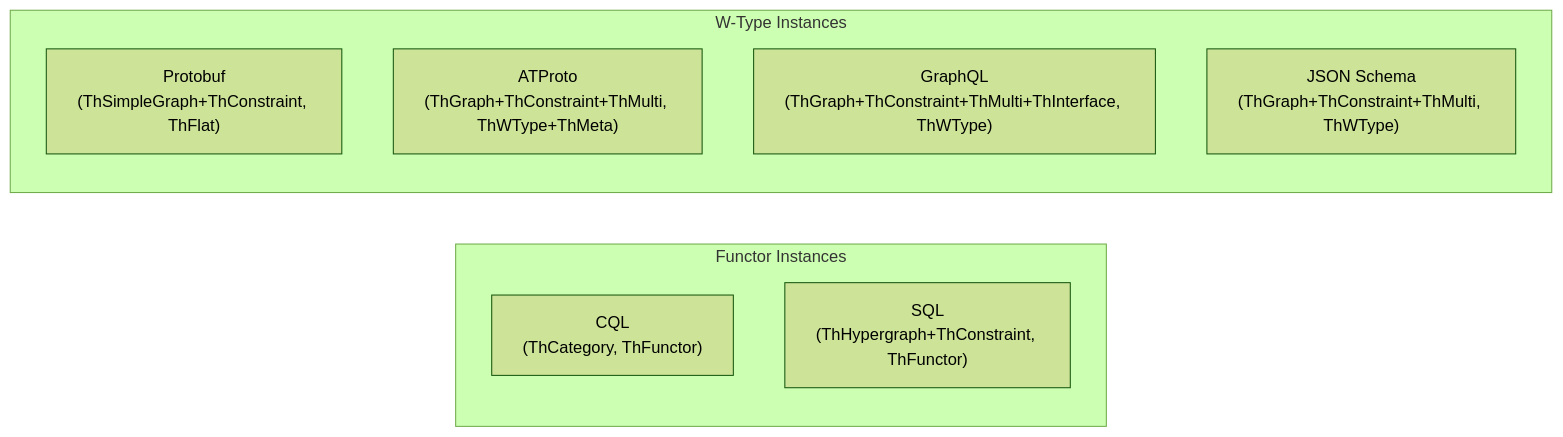
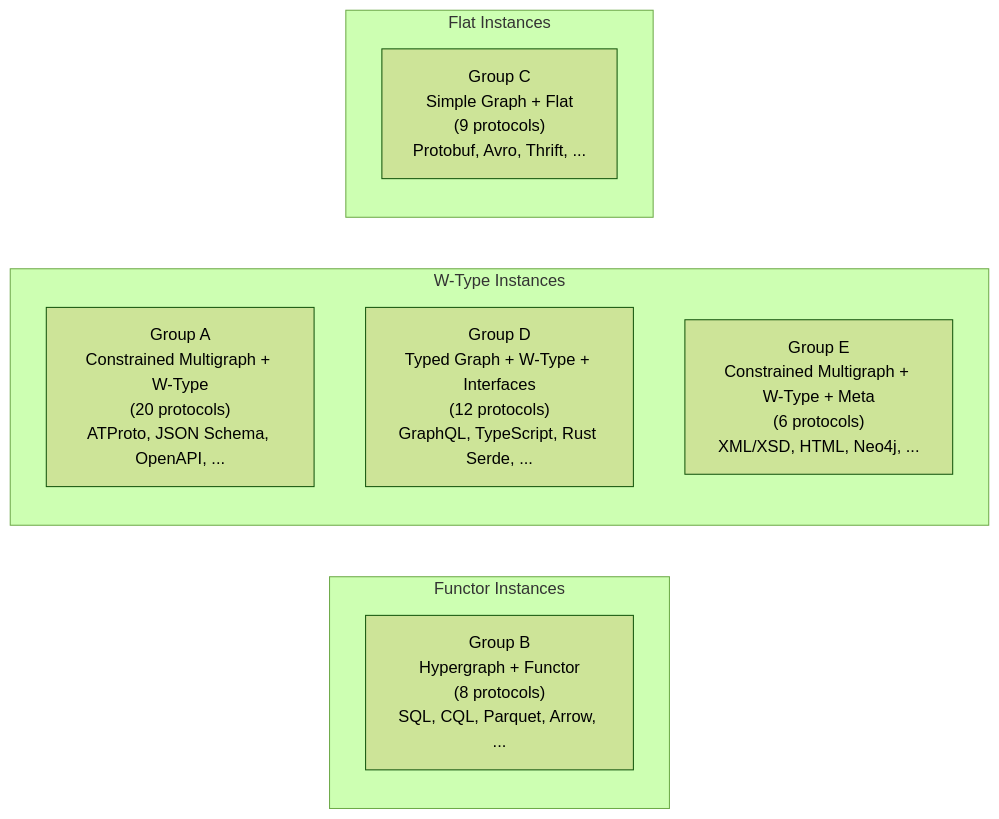
Before and after one commit to panproto/panproto: the diagram in tutorial/chapters/04-protocols-as-parameters.qmd, drawn with Mermaid (forest theme). The commit also changed other lines of this file and 78 other files, not shown here.

````diff
--- a/tutorial/chapters/04-protocols-as-parameters.qmd
+++ b/tutorial/chapters/04-protocols-as-parameters.qmd
@@ -203,15 +284,16 @@
 ```{mermaid}
 %%| label: fig-design-space
-%%| fig-cap: "The protocol design space. Horizontal axis: schema theory complexity. Vertical axis: instance theory family."
+%%| fig-cap: "The protocol design space, showing all 54 protocols organized into five theory groups. Horizontal axis: schema theory complexity. Vertical axis: instance theory family."
 graph LR
     subgraph "Functor Instances"
-        CQL["CQL<br/>(ThCategory, ThFunctor)"]
-        SQL["SQL<br/>(ThHypergraph+ThConstraint, ThFunctor)"]
+        B["Group B<br/>Hypergraph + Functor<br/>(8 protocols)<br/>SQL, CQL, Parquet, Arrow, ..."]
     end
     subgraph "W-Type Instances"
-        Proto["Protobuf<br/>(ThSimpleGraph+ThConstraint, ThFlat)"]
-        AT["ATProto<br/>(ThGraph+ThConstraint+ThMulti, ThWType+ThMeta)"]
-        GQL["GraphQL<br/>(ThGraph+ThConstraint+ThMulti+ThInterface, ThWType)"]
-        JSON["JSON Schema<br/>(ThGraph+ThConstraint+ThMulti, ThWType)"]
+        A["Group A<br/>Constrained Multigraph + W-Type<br/>(20 protocols)<br/>ATProto, JSON Schema, OpenAPI, ..."]
+        D["Group D<br/>Typed Graph + W-Type + Interfaces<br/>(12 protocols)<br/>GraphQL, TypeScript, Rust Serde, ..."]
+        E["Group E<br/>Constrained Multigraph + W-Type + Meta<br/>(6 protocols)<br/>XML/XSD, HTML, Neo4j, ..."]
+    end
+    subgraph "Flat Instances"
+        C["Group C<br/>Simple Graph + Flat<br/>(9 protocols)<br/>Protobuf, Avro, Thrift, ..."]
     end
 ```
````
